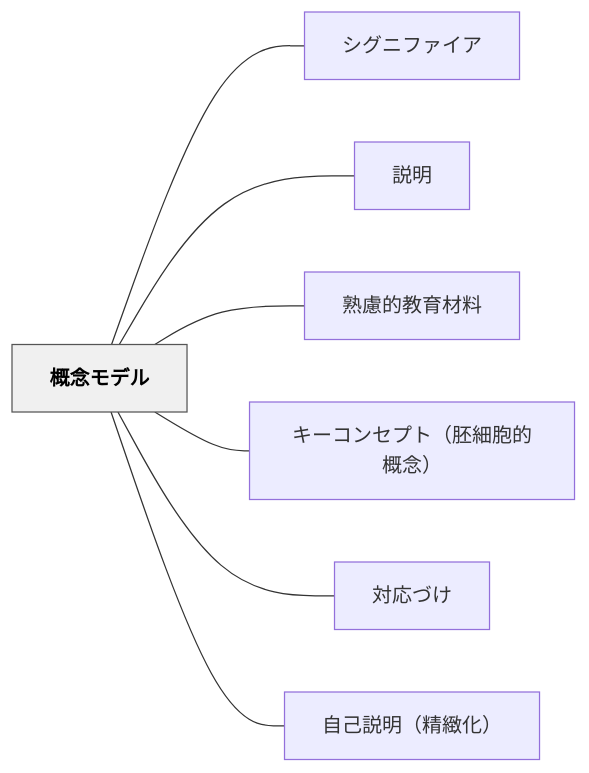
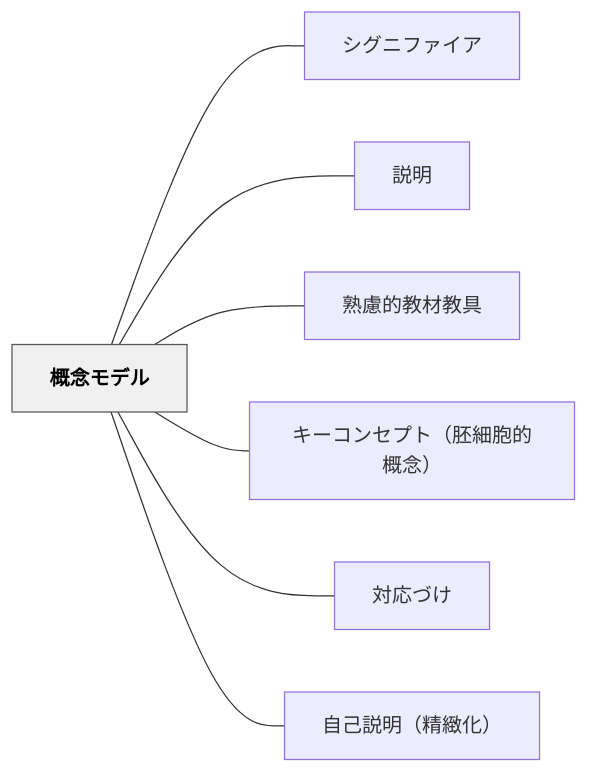
The diagram in content/パタン/概念モデル.md (unknownthings-ed-patterns/unknownthings-ed-patterns), drawn with Mermaid before and after one commit. The commit also changed 72 other files, not shown here.

````diff
--- a/content/パタン/概念モデル.md
+++ b/content/パタン/概念モデル.md
@@ -47,20 +47,20 @@
 ```mermaid
 flowchart LR
     ne6a682e5bfb5e383a2e38387e383ab["概念モデル"]
     ne382b7e382b0e3838be38395e382a1e382a4e382a2["シグニファイア"]
     ne8aaace6988e["説明"]
-    ne7869fe685aee79a84e69599e882b2e69d90e69699["熟慮的教育材料"]
+    ne7869fe685aee79a84e69599e69d90e69599e585b7["熟慮的教材教具"]
     ne382ade383bce382b3e383b3e382bbe38397e38388efbc88e8839ae7b4b0e8839ee79a84e6a682e5bfb5efbc89["キーコンセプト（胚細胞的概念）"]
     ne5afbee5bf9ce381a5e38191["対応づけ"]
     ne887aae5b7b1e8aaace6988eefbc88e7b2bee7b7bbe58c96efbc89["自己説明（精緻化）"]
 
     ne6a682e5bfb5e383a2e38387e383ab --- ne382b7e382b0e3838be38395e382a1e382a4e382a2
     ne6a682e5bfb5e383a2e38387e383ab --- ne8aaace6988e
-    ne6a682e5bfb5e383a2e38387e383ab --- ne7869fe685aee79a84e69599e882b2e69d90e69699
+    ne6a682e5bfb5e383a2e38387e383ab --- ne7869fe685aee79a84e69599e69d90e69599e585b7
     ne6a682e5bfb5e383a2e38387e383ab --- ne382ade383bce382b3e383b3e382bbe38397e38388efbc88e8839ae7b4b0e8839ee79a84e6a682e5bfb5efbc89
     ne6a682e5bfb5e383a2e38387e383ab --- ne5afbee5bf9ce381a5e38191
     ne6a682e5bfb5e383a2e38387e383ab --- ne887aae5b7b1e8aaace6988eefbc88e7b2bee7b7bbe58c96efbc89
 
     classDef hub fill:#f0f0f0,stroke:#555,color:#000,font-weight:bold
     class ne6a682e5bfb5e383a2e38387e383ab hub
 ```
````
